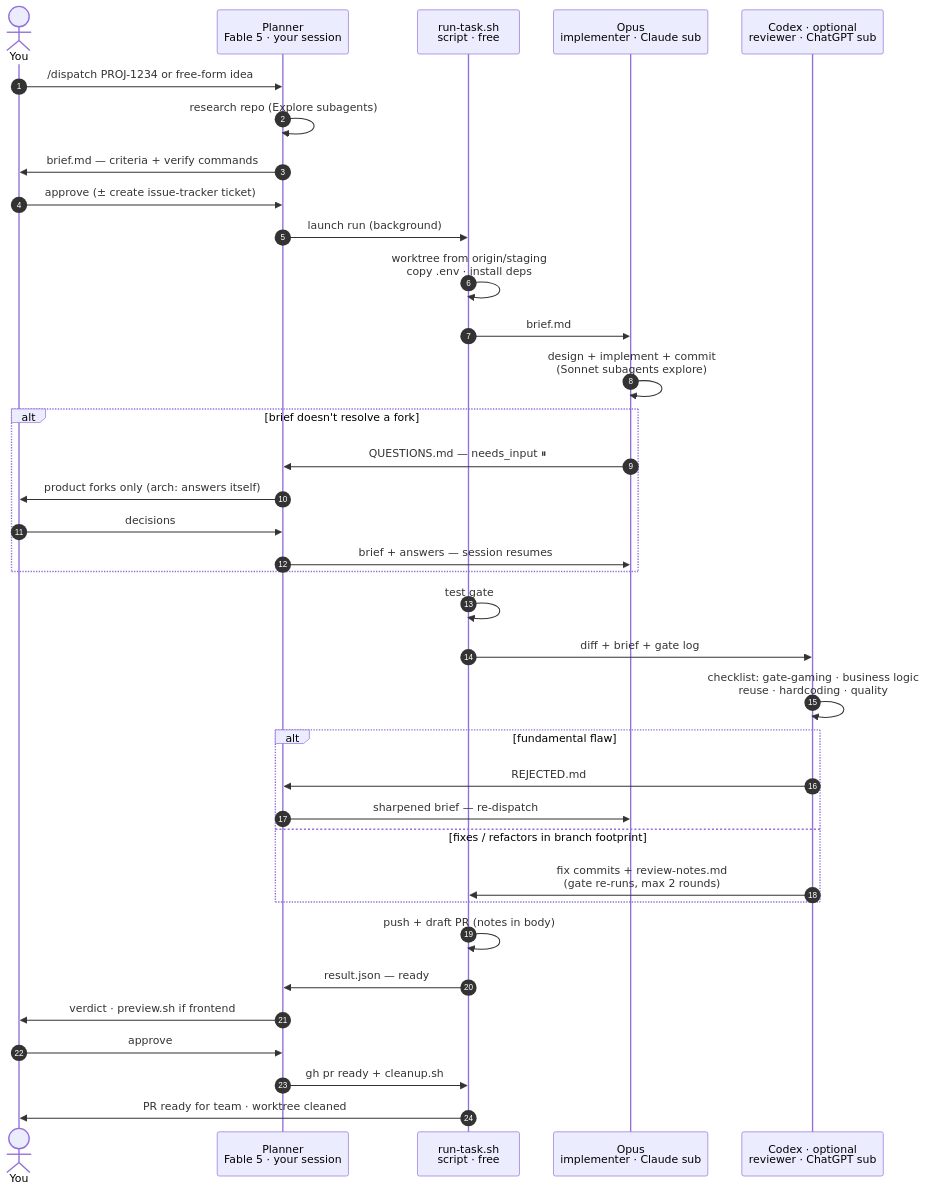
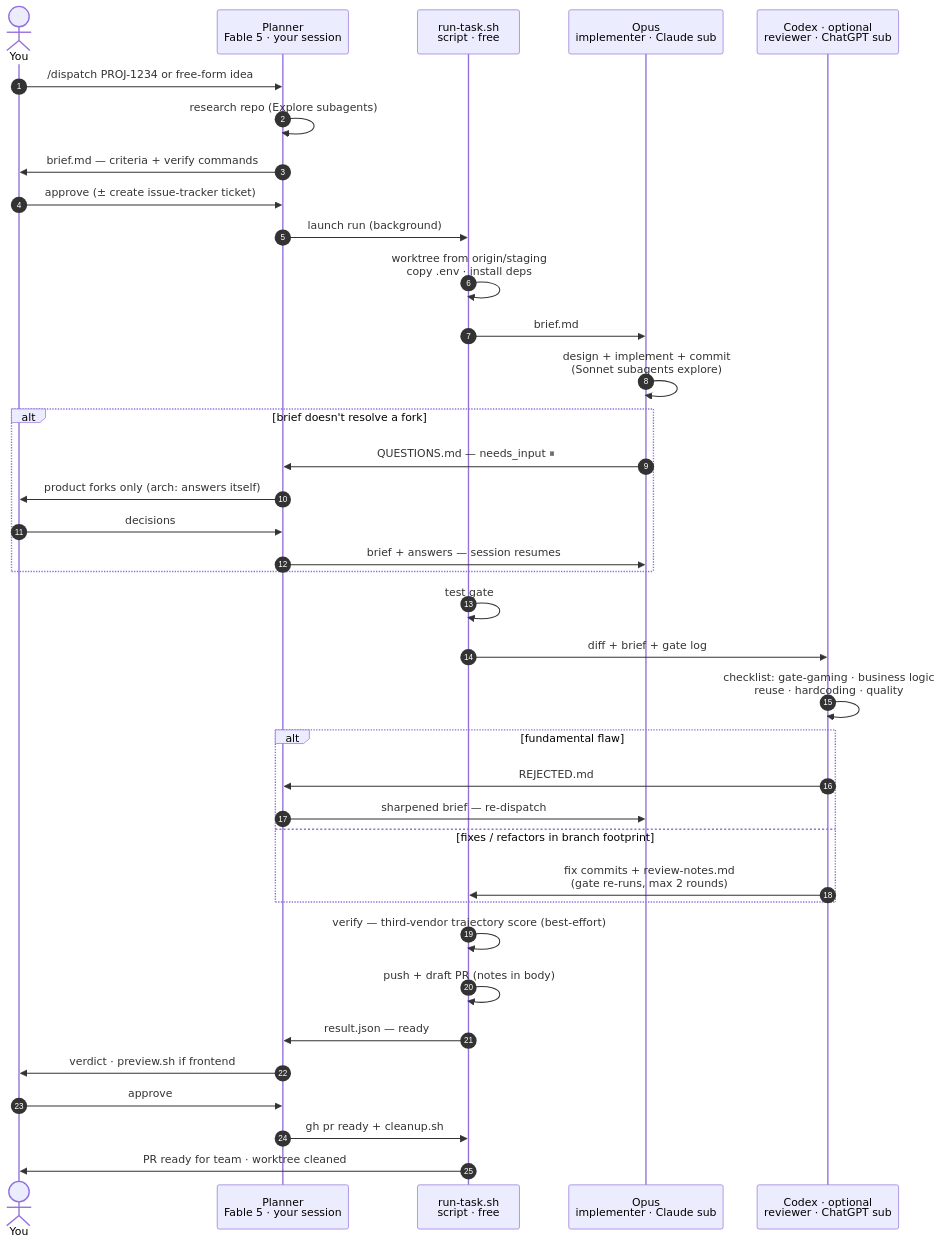
Before and after one commit to angelsole/dispatch-harness: the first of 2 diagrams in FLOW.md, drawn with Mermaid. The commit also changed 5 other files, not shown here.

First line of the commit message:
feat(run-task): score the trajectory after the review, best-effort

````diff
--- a/FLOW.md
+++ b/FLOW.md
@@ -11,43 +11,44 @@
 ```mermaid
 sequenceDiagram
     autonumber
     actor U as You
     participant F as Planner<br/>Fable 5 · your session
     participant S as run-task.sh<br/>script · free
     participant O as Opus<br/>implementer · Claude sub
     participant C as Codex · optional<br/>reviewer · ChatGPT sub
 
     U->>F: /dispatch PROJ-1234 or free-form idea
     F->>F: research repo (Explore subagents)
     F->>U: brief.md — criteria + verify commands
     U->>F: approve (± create issue-tracker ticket)
     F->>S: launch run (background)
     S->>S: worktree from origin/staging<br/>copy .env · install deps
     S->>O: brief.md
     O->>O: design + implement + commit<br/>(Sonnet subagents explore)
 
     alt brief doesn't resolve a fork
         O->>F: QUESTIONS.md — needs_input ⏸
         F->>U: product forks only (arch: answers itself)
         U->>F: decisions
         F->>O: brief + answers — session resumes
     end
 
     S->>S: test gate #1 (per-repo cmds)
     S->>C: diff + brief + gate log
     C->>C: checklist: gate-gaming · business logic<br/>reuse · hardcoding · quality
 
     alt fundamental flaw
         C->>F: REJECTED.md
         F->>O: sharpened brief — re-dispatch
     else fixes / refactors in branch footprint
         C->>S: fix commits + review-notes.md<br/>(gate re-runs, max 2 rounds)
     end
 
+    S->>S: verify — third-vendor trajectory score (best-effort)
     S->>S: push + draft PR (notes in body)
     S->>F: result.json — ready
     F->>U: verdict · preview.sh if frontend
     U->>F: approve
     F->>S: gh pr ready + cleanup.sh
     S->>U: PR ready for team · worktree cleaned
 ```
````
